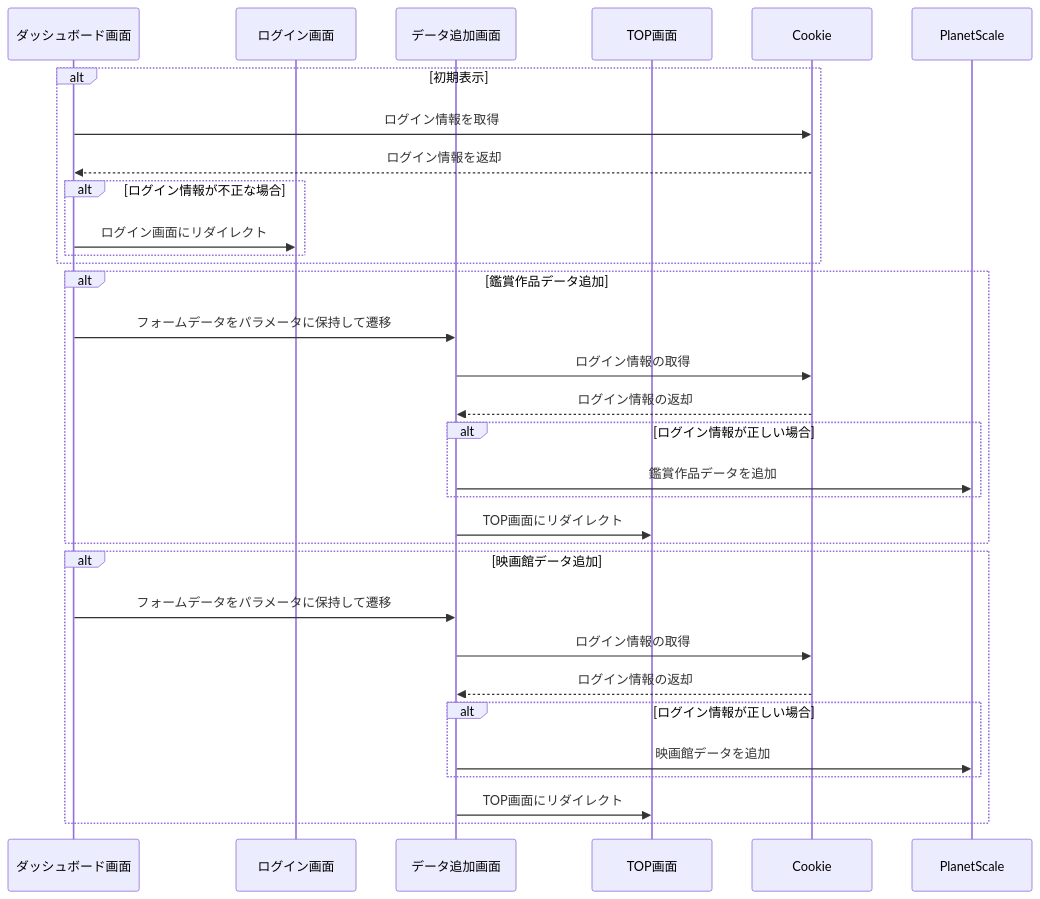
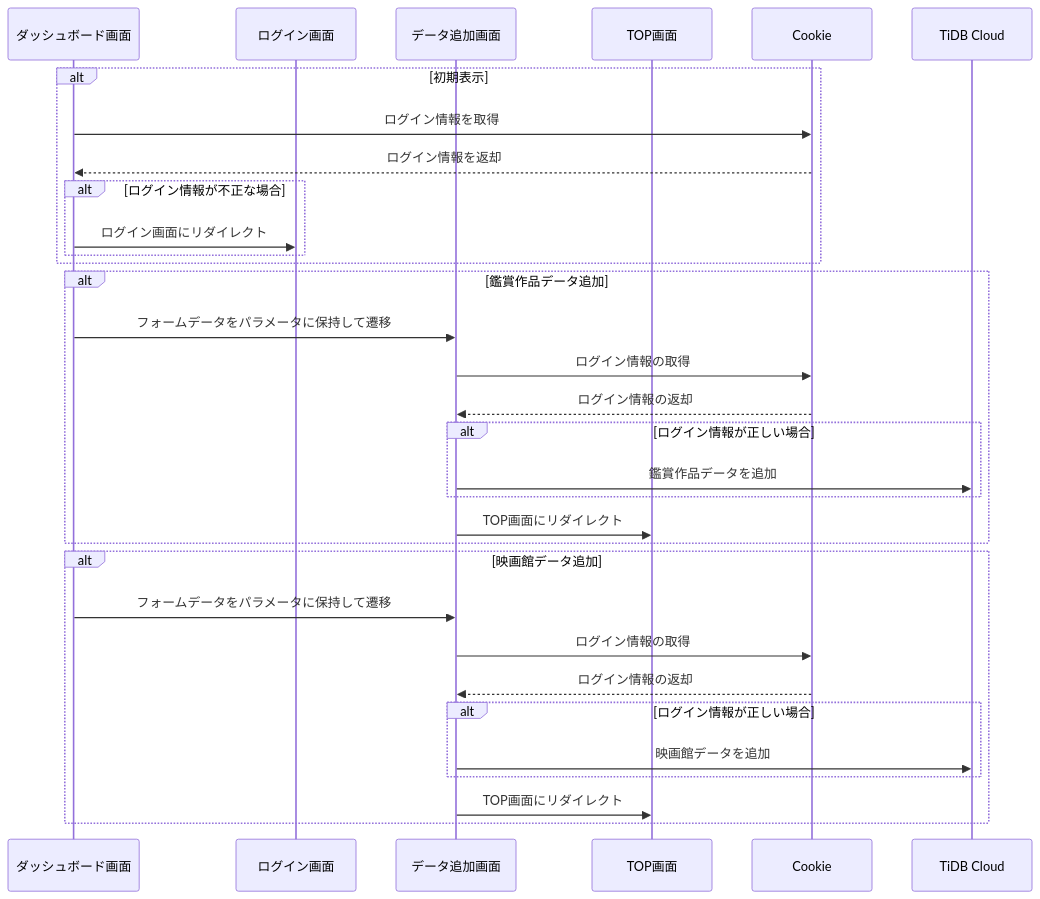
One commit to windchime-yk/cinelog changed the sixth of 6 diagrams in README.md. Above: the diagram before and after it, drawn with Mermaid. The commit also changed other lines of this file, not shown here.

Commit message:
docs(README): delete PlanetScale

````diff
--- a/README.md
+++ b/README.md
@@ -99,37 +99,37 @@
 ```mermaid
 sequenceDiagram
   participant dashboardpage as ダッシュボード画面
   participant loginpage as ログイン画面
   participant redirect as データ追加画面
   participant toppage as TOP画面
   participant cookie as Cookie
-  participant db as PlanetScale
+  participant db as TiDB Cloud
   
   alt 初期表示
     dashboardpage ->> cookie : ログイン情報を取得
     cookie -->> dashboardpage : ログイン情報を返却
     alt ログイン情報が不正な場合
       dashboardpage ->> loginpage : ログイン画面にリダイレクト
     end
   end
   
   alt 鑑賞作品データ追加
     dashboardpage ->> redirect : フォームデータをパラメータに保持して遷移
     redirect ->> cookie : ログイン情報の取得
     cookie -->> redirect : ログイン情報の返却
     alt ログイン情報が正しい場合
       redirect ->> db : 鑑賞作品データを追加
     end
     redirect ->> toppage : TOP画面にリダイレクト
   end
 
   alt 映画館データ追加
     dashboardpage ->> redirect : フォームデータをパラメータに保持して遷移
     redirect ->> cookie : ログイン情報の取得
     cookie -->> redirect : ログイン情報の返却
     alt ログイン情報が正しい場合
       redirect ->> db : 映画館データを追加
     end
     redirect ->> toppage : TOP画面にリダイレクト
   end
 ```
````
